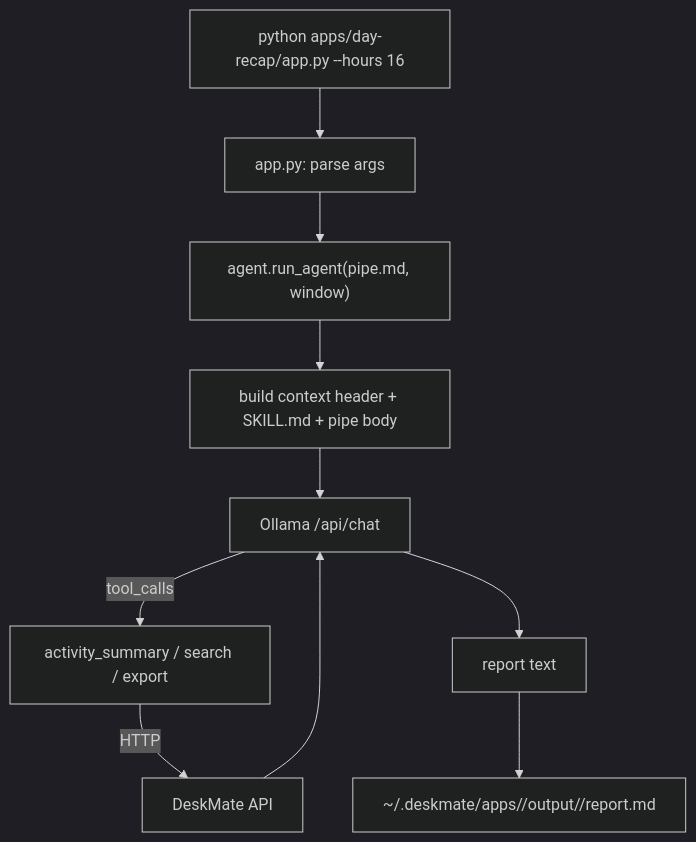
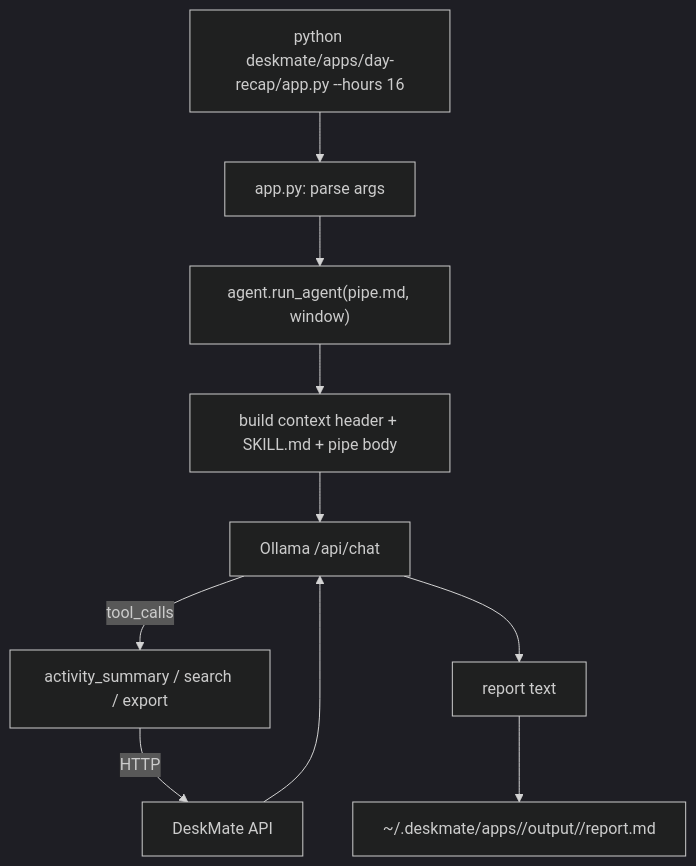
The first of 3 diagrams in docs/13-apps.md (zhaohb/deskmate), drawn with Mermaid (dark theme) before and after one commit. The commit also changed other lines of this file and 76 other files, not shown here.

````diff
--- a/docs/13-apps.md
+++ b/docs/13-apps.md
@@ -37,12 +37,12 @@
 ```mermaid
 flowchart TB
-    RUN["python apps/day-recap/app.py --hours 16"] --> ARGS["app.py: parse args"]
+    RUN["python deskmate/apps/day-recap/app.py --hours 16"] --> ARGS["app.py: parse args"]
     ARGS --> AG["agent.run_agent(pipe.md, window)"]
     AG --> CTX["build context header + SKILL.md + pipe body"]
     CTX --> LLM["Ollama /api/chat"]
     LLM -- tool_calls --> TOOLS["activity_summary / search / export"]
     TOOLS -- HTTP --> API["DeskMate API"]
     API --> LLM
     LLM --> REP["report text"]
     REP --> OUT["~/.deskmate/apps/<name>/output/<ts>/report.md"]
 ```
````
